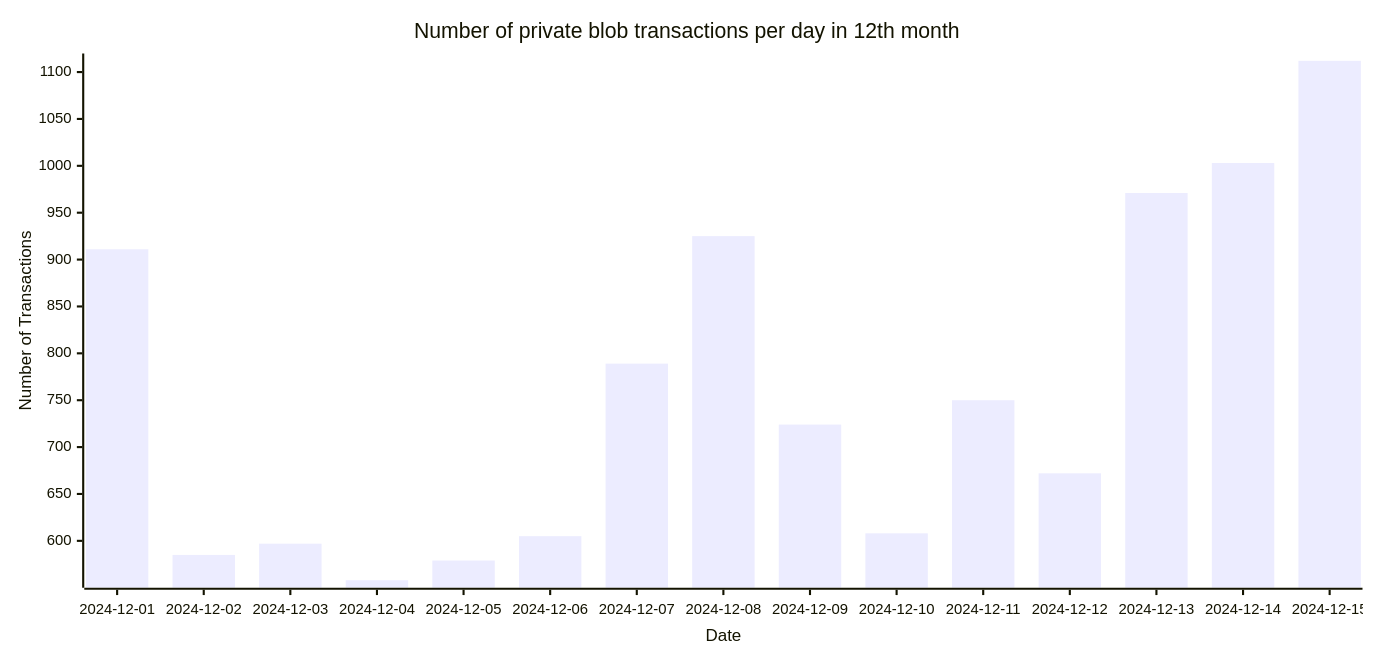
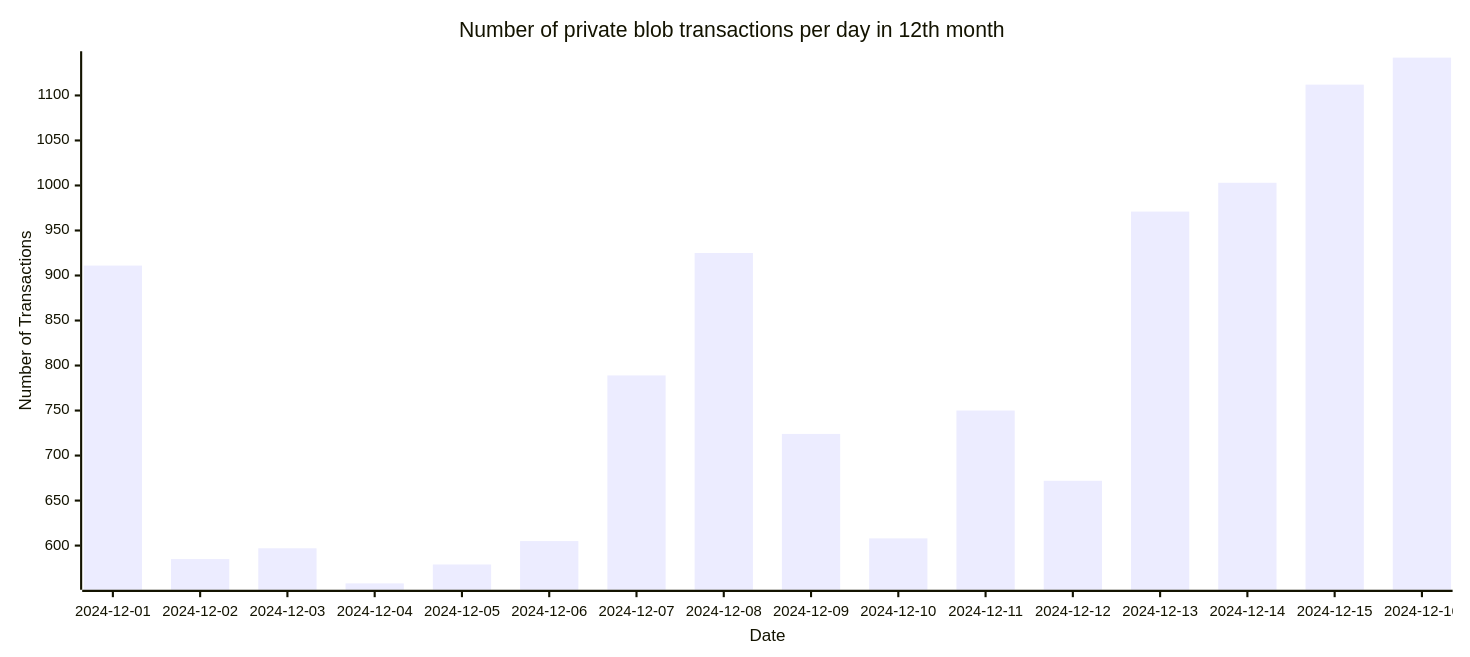
One commit to Amit0617/eip4844-data changed the diagram in README.md. Above: the diagram before and after it, drawn with Mermaid. The commit also changed 1 other file, not shown here.

````diff
--- a/README.md
+++ b/README.md
@@ -1,12 +1,12 @@
 ```mermaid
 ---
 config:
     xyChart:
-        width: 1275
+        width: 1360
         height: 600
 ---
 xychart-beta title "Number of private blob transactions per day in 12th month"
-x-axis "Date" [2024-12-01,2024-12-02,2024-12-03,2024-12-04,2024-12-05,2024-12-06,2024-12-07,2024-12-08,2024-12-09,2024-12-10,2024-12-11,2024-12-12,2024-12-13,2024-12-14,2024-12-15]
+x-axis "Date" [2024-12-01,2024-12-02,2024-12-03,2024-12-04,2024-12-05,2024-12-06,2024-12-07,2024-12-08,2024-12-09,2024-12-10,2024-12-11,2024-12-12,2024-12-13,2024-12-14,2024-12-15,2024-12-16]
 y-axis "Number of Transactions"
-bar[911,585,597,558,579,605,789,925,724,608,750,672,971,1003,1112]
+bar[911,585,597,558,579,605,789,925,724,608,750,672,971,1003,1112,1142]
 ```
````
